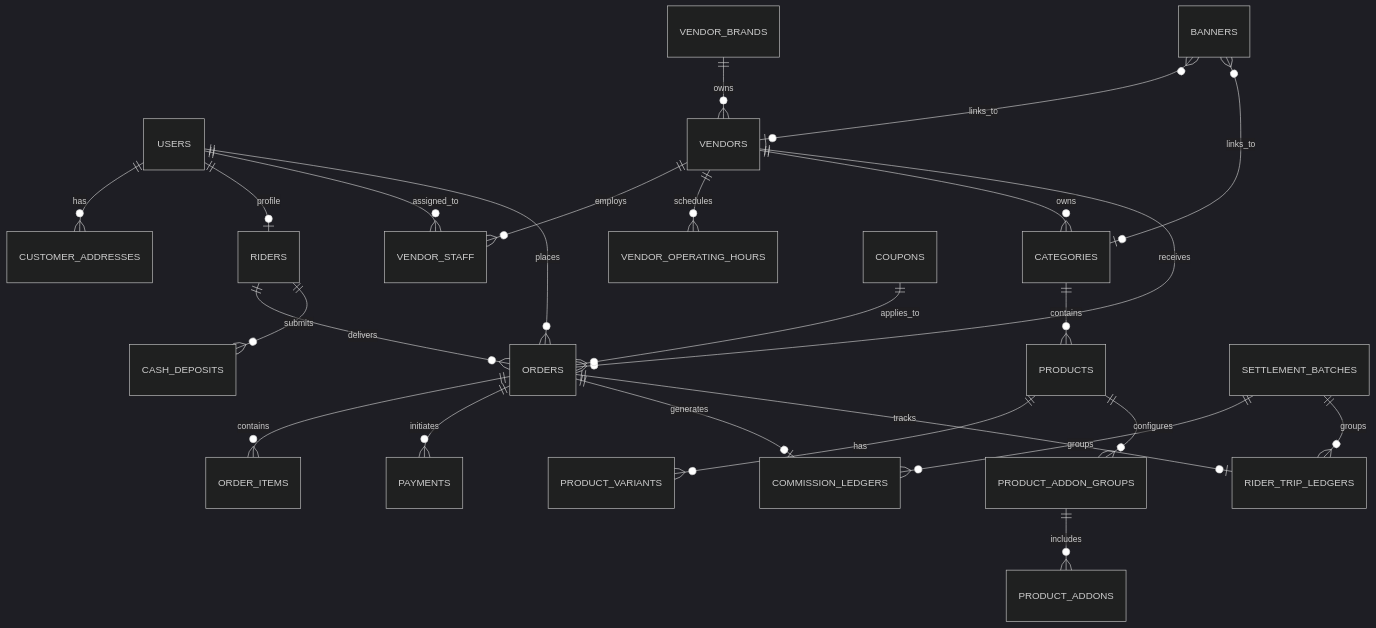
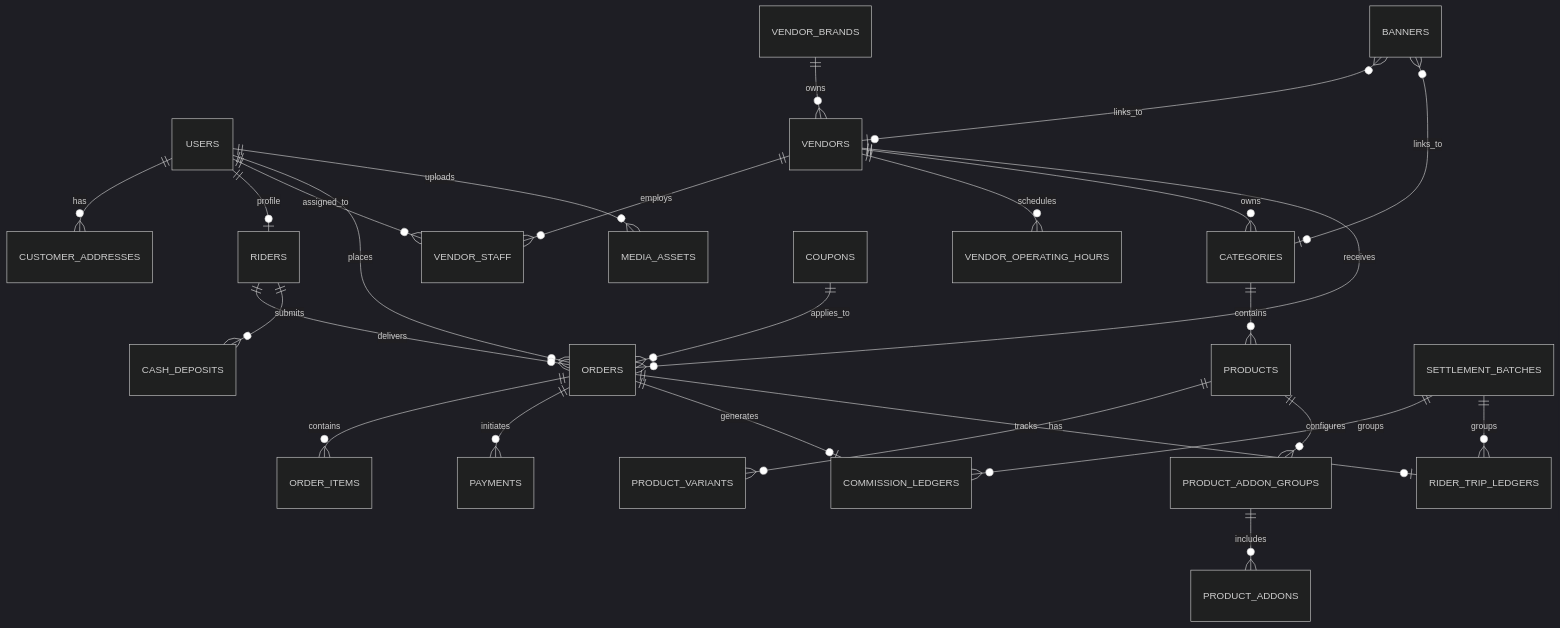
Before and after one commit to BrainStation-23/DeliveryOS-Demo: the diagram in context_docs/technical-implementation-documents/02-database-schema-and-data-models.md, drawn with Mermaid (dark theme). The commit also changed other lines of this file and 41 other files, not shown here.

````diff
--- a/context_docs/technical-implementation-documents/02-database-schema-and-data-models.md
+++ b/context_docs/technical-implementation-documents/02-database-schema-and-data-models.md
@@ -9,31 +9,33 @@
 ```mermaid
 erDiagram
     USERS ||--o{ CUSTOMER_ADDRESSES : has
     USERS ||--o| RIDERS : profile
     USERS ||--o{ VENDOR_STAFF : assigned_to
 
     VENDOR_BRANDS ||--o{ VENDORS : owns
     VENDORS ||--o{ VENDOR_STAFF : employs
     VENDORS ||--o{ VENDOR_OPERATING_HOURS : schedules
     VENDORS ||--o{ CATEGORIES : owns
     CATEGORIES ||--o{ PRODUCTS : contains
     PRODUCTS ||--o{ PRODUCT_VARIANTS : has
     PRODUCTS ||--o{ PRODUCT_ADDON_GROUPS : configures
     PRODUCT_ADDON_GROUPS ||--o{ PRODUCT_ADDONS : includes
 
     VENDORS ||--o{ ORDERS : receives
     USERS ||--o{ ORDERS : places
     RIDERS ||--o{ ORDERS : delivers
     COUPONS ||--o{ ORDERS : applies_to
     ORDERS ||--o{ ORDER_ITEMS : contains
     ORDERS ||--o{ PAYMENTS : initiates
     RIDERS ||--o{ CASH_DEPOSITS : submits
 
     ORDERS ||--o| COMMISSION_LEDGERS : generates
     ORDERS ||--o| RIDER_TRIP_LEDGERS : tracks
     SETTLEMENT_BATCHES ||--o{ COMMISSION_LEDGERS : groups
     SETTLEMENT_BATCHES ||--o{ RIDER_TRIP_LEDGERS : groups
 
     BANNERS }o--o| VENDORS : links_to
     BANNERS }o--o| CATEGORIES : links_to
+
+    USERS ||--o{ MEDIA_ASSETS : uploads
 ```
````
